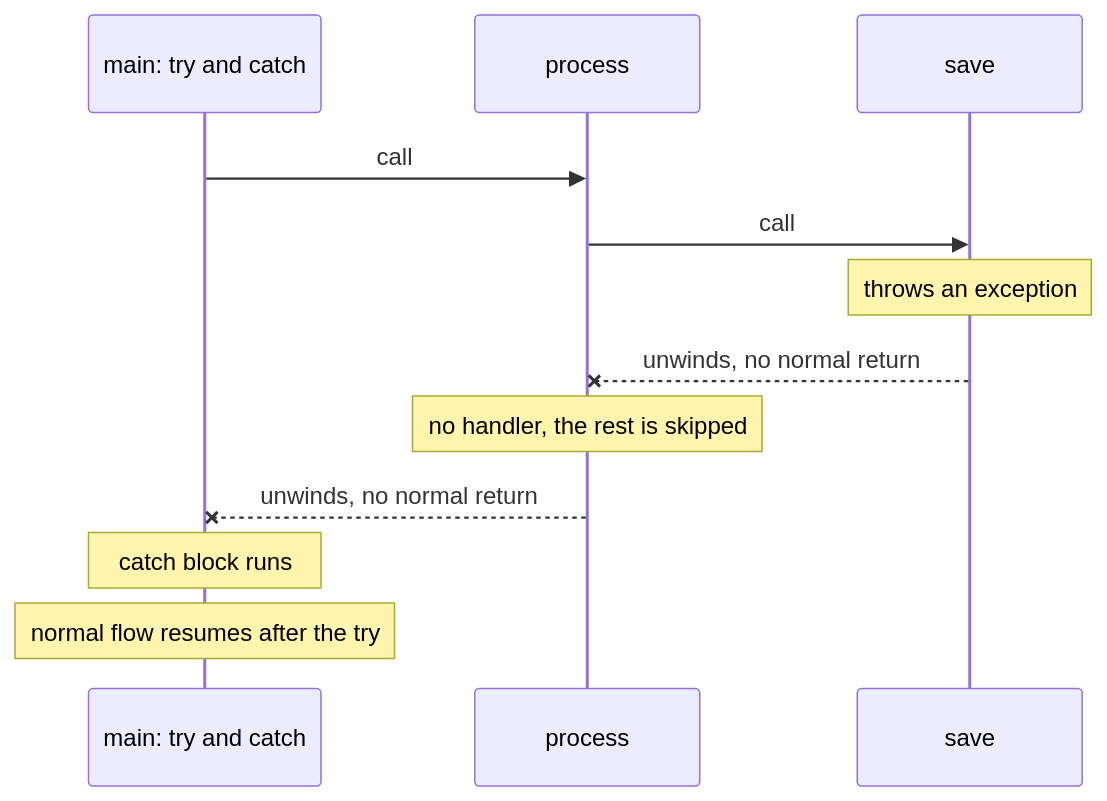
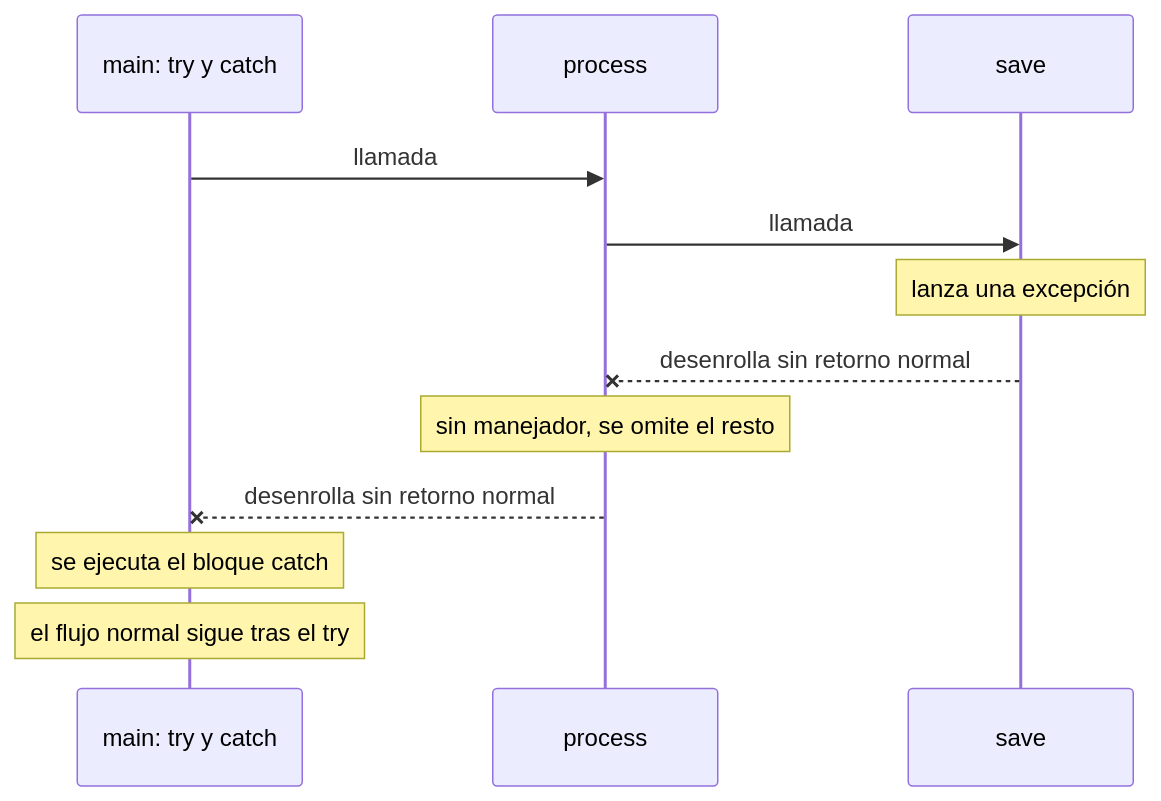
The diagram in lessons/cs-source/concepts/exception-handling.md (dullroar/aprende-a-programar-como-un-bicho-raro), drawn with Mermaid before and after one commit. The commit also changed other lines of this file and 47 other files, not shown here.

````diff
--- a/lessons/cs-source/concepts/exception-handling.md
+++ b/lessons/cs-source/concepts/exception-handling.md
@@ -8,16 +8,16 @@
 ```mermaid
 sequenceDiagram
-    accTitle: Exceptions alter control flow by unwinding outward until a handler accepts them
-    accDescr: A sequence diagram of three nested calls. The function main, which has a try and catch, calls process, and process calls save. Save throws an exception. The exception does not return to process in the normal way. It passes through process, which has no handler, so the rest of process is skipped. It reaches main, where the catch block handles it. After the handler, normal flow continues in main. The normal return statements of save and process never run.
-    participant M as main: try and catch
+    accTitle: Las excepciones alteran el flujo de control: desenrollan la pila hasta que un manejador las acepta
+    accDescr: Diagrama de secuencia de tres llamadas anidadas. La función main, que tiene un try y un catch, llama a process. A su vez, process llama a save. La función save lanza una excepción. La excepción no vuelve a process por la vía normal. Atraviesa process, que no tiene manejador, así que se omite el resto de process. Llega a main, donde la maneja el bloque catch. Tras el manejador, el flujo normal continúa en main. Las sentencias de retorno normal de save y process nunca se ejecutan.
+    participant M as main: try y catch
     participant P as process
     participant S as save
-    M->>P: call
-    P->>S: call
-    Note over S: throws an exception
-    S--xP: unwinds, no normal return
-    Note over P: no handler, the rest is skipped
-    P--xM: unwinds, no normal return
-    Note over M: catch block runs
-    Note over M: normal flow resumes after the try
+    M->>P: llamada
+    P->>S: llamada
+    Note over S: lanza una excepción
+    S--xP: desenrolla sin retorno normal
+    Note over P: sin manejador, se omite el resto
+    P--xM: desenrolla sin retorno normal
+    Note over M: se ejecuta el bloque catch
+    Note over M: el flujo normal sigue tras el try
 ```
````
